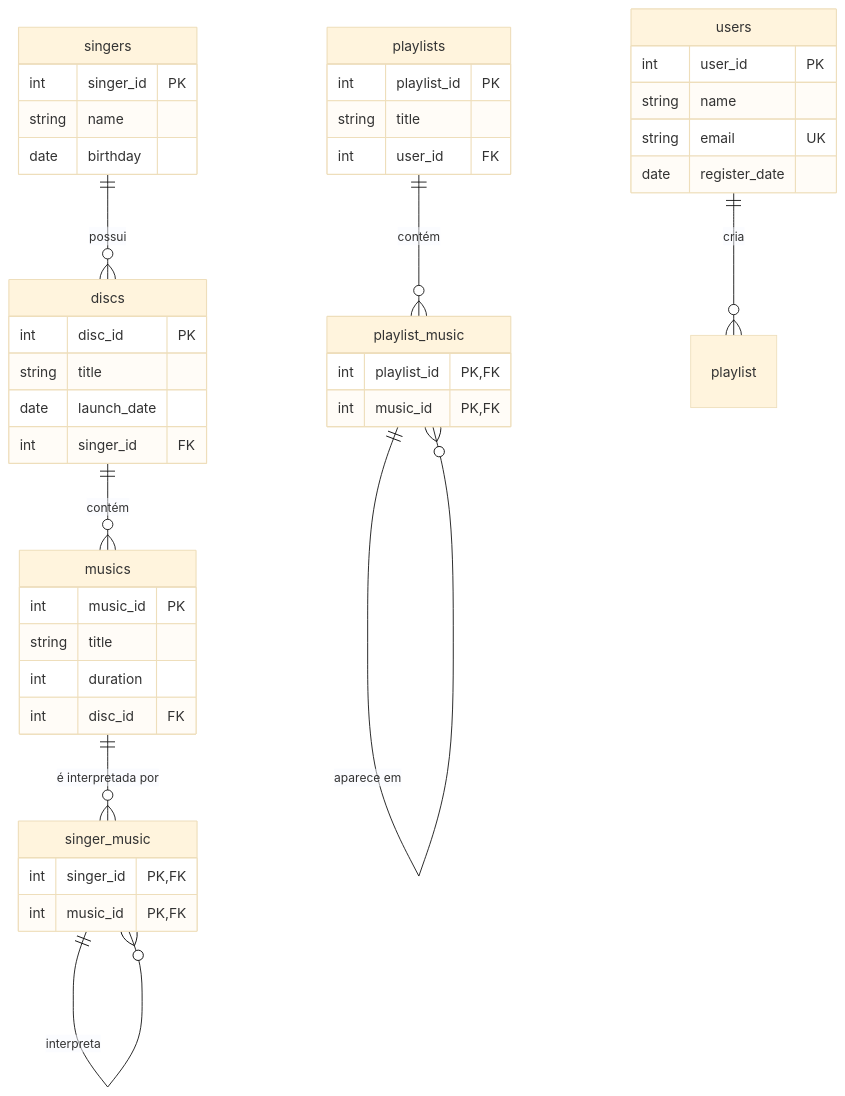
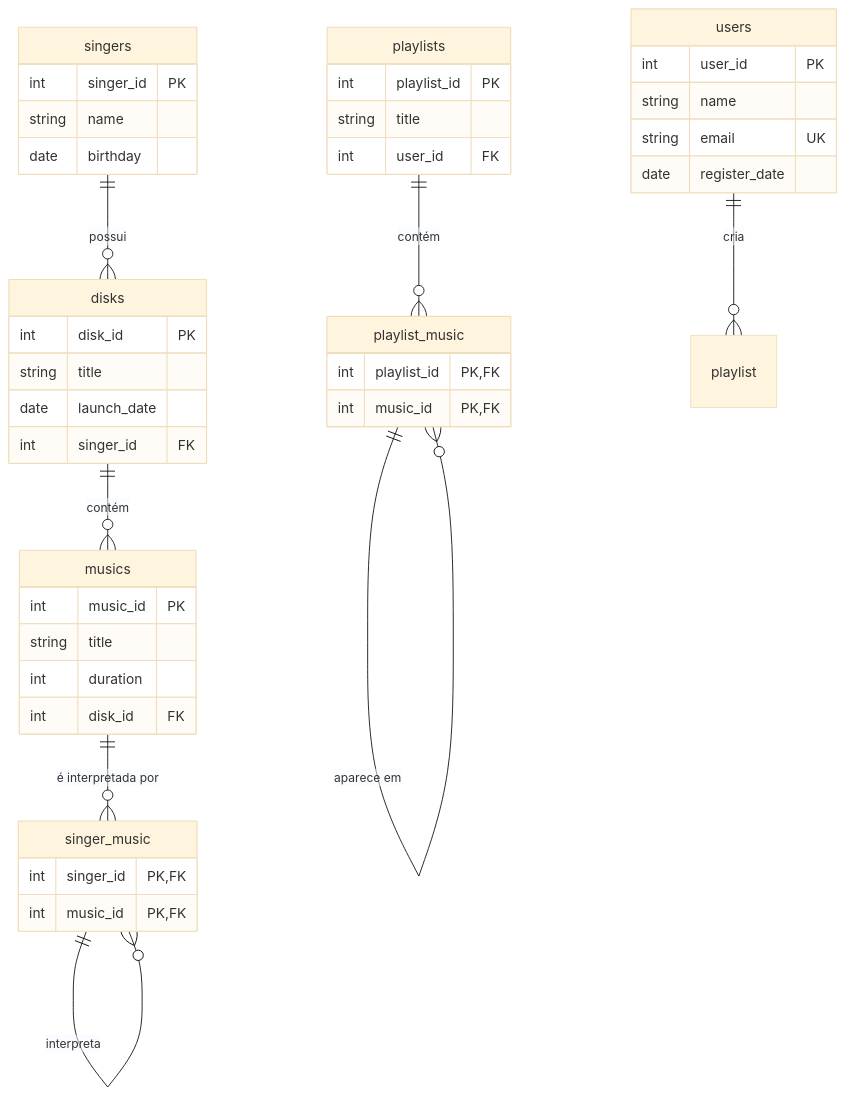
The diagram in README.md (sergiomos/fei-projeto-db1), drawn with Mermaid (base theme) before and after one commit. The commit also changed 5 other files, not shown here.

````diff
--- a/README.md
+++ b/README.md
@@ -6,52 +6,52 @@
 ```mermaid
 erDiagram
     singers {
         int singer_id PK
         string name
         date birthday
     }
 
-    discs {
-        int disc_id PK
+    disks {
+        int disk_id PK
         string title
         date launch_date
         int singer_id FK
     }
 
     musics {
         int music_id PK
         string title
         int duration
-        int disc_id FK
+        int disk_id FK
     }
 
     singer_music {
         int singer_id PK, FK
         int music_id PK, FK
     }
 
 
     playlists {
             int playlist_id PK
             string title
             int user_id FK
         }
     playlist_music {
             int playlist_id PK, FK
             int music_id PK, FK
         }
     users {
             int user_id PK
             string name
             string email UK
             date register_date
         }
 
-    singers ||--o{ discs : "possui"
-    discs ||--o{ musics : "contém"
+    singers ||--o{ disks : "possui"
+    disks ||--o{ musics : "contém"
     musics ||--o{ singer_music : "é interpretada por"
     singer_music ||--o{ singer_music : "interpreta"
     users ||--o{ playlist : "cria"
     playlists ||--o{ playlist_music : "contém"
     playlist_music ||--o{ playlist_music : "aparece em"
 ```
````
